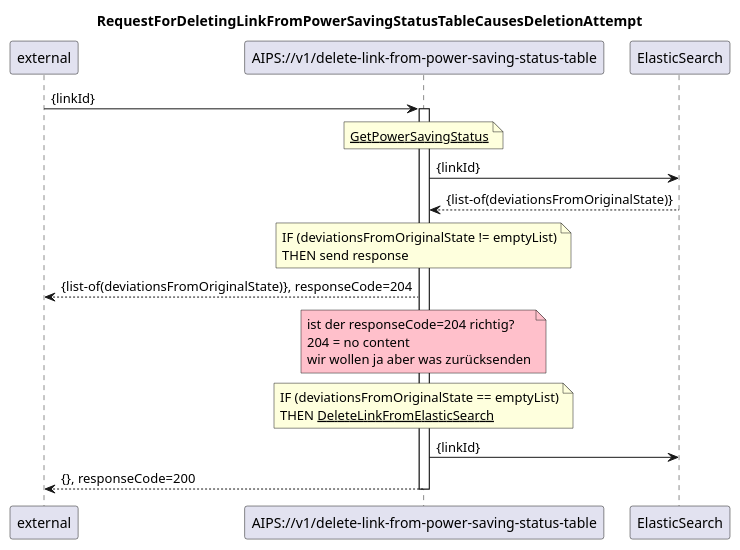
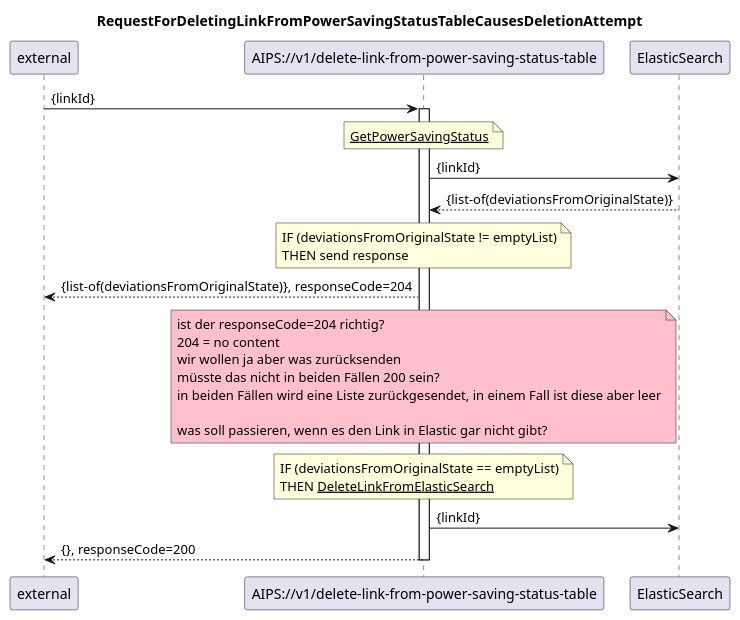
One commit to openBackhaul/AirInterfacePowerSaver changed the diagram in spec/diagrams/07 Power Saving Status/705_deleteLinkFromPowerSavingStatusTable.plantuml. Above: the diagram before and after it, drawn with PlantUML. The commit also changed 1 other file, not shown here.

```diff
--- a/spec/diagrams/07 Power Saving Status/705_deleteLinkFromPowerSavingStatusTable.plantuml
+++ b/spec/diagrams/07 Power Saving Status/705_deleteLinkFromPowerSavingStatusTable.plantuml
@@ -1,50 +1,54 @@
 @startuml 705_deleteLinkFromPowerSavingStatusTable
 skinparam responseMessageBelowArrow true
 
 title
 RequestForDeletingLinkFromPowerSavingStatusTableCausesDeletionAttempt
 end title
 
 participant "external" as requestor
 participant "AIPS://v1/delete-link-from-power-saving-status-table" as delete
 participant "ElasticSearch" as es
 
 requestor -> delete: {linkId}
 activate delete
 
 'get all linkIds from power saving status table
 note over delete
   <u>GetPowerSavingStatus</u>
 end note
 delete -> es: {linkId}
 es --> delete: {list-of(deviationsFromOriginalState)} 
 
 note over delete
     IF (deviationsFromOriginalState != emptyList)
     THEN send response
 end note
 delete --> requestor: {list-of(deviationsFromOriginalState)}, responseCode=204
 
 note over delete #Pink
   ist der responseCode=204 richtig?
   204 = no content
   wir wollen ja aber was zurücksenden
+  müsste das nicht in beiden Fällen 200 sein?
+  in beiden Fällen wird eine Liste zurückgesendet, in einem Fall ist diese aber leer
+
+  was soll passieren, wenn es den Link in Elastic gar nicht gibt?
 end note
 
 
 'now cleanup
 note over delete
     IF (deviationsFromOriginalState == emptyList)
     THEN <u>DeleteLinkFromElasticSearch</u>
 end note
 delete -> es: {linkId}
 
 delete --> requestor: {}, responseCode=200
 
 
 
 
 
 deactivate delete 
 
 @enduml
```
